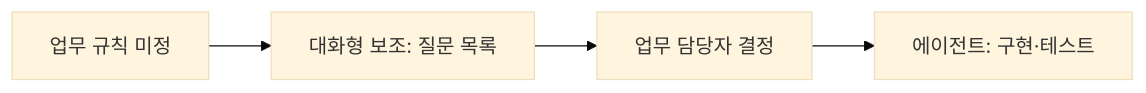
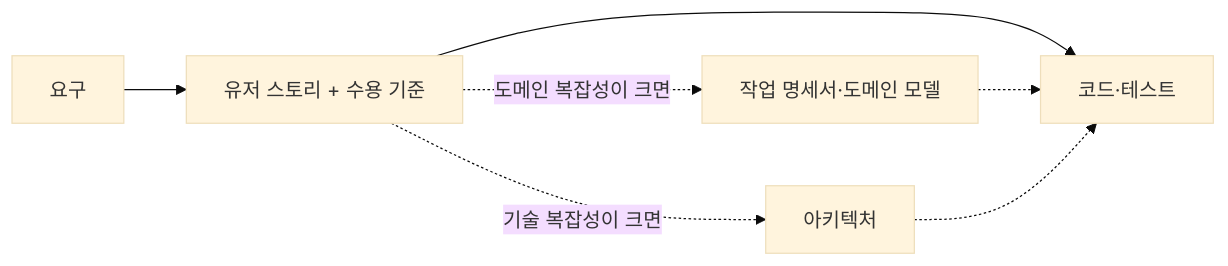
The second of 2 diagrams in courses/ai-native/sessions/s02.md (YoungSan77/TrainingMaterials), drawn with Mermaid (base theme) before and after one commit. The commit also changed other lines of this file and 198 other files, not shown here.

````diff
--- a/courses/ai-native/sessions/s02.md
+++ b/courses/ai-native/sessions/s02.md
@@ -378,4 +299,6 @@
 ```mermaid
 flowchart LR
-    A["업무 규칙 미정"] --> B["대화형 보조: 질문 목록"] --> C["업무 담당자 결정"] --> D["에이전트: 구현·테스트"]
+    R["요구"] --> S["유저 스토리 + 수용 기준"] --> C["코드·테스트"]
+    S -. 도메인 복잡성이 크면 .-> M["작업 명세서·도메인 모델"] -.-> C
+    S -. 기술 복잡성이 크면 .-> A["아키텍처"] -.-> C
 ```
````
